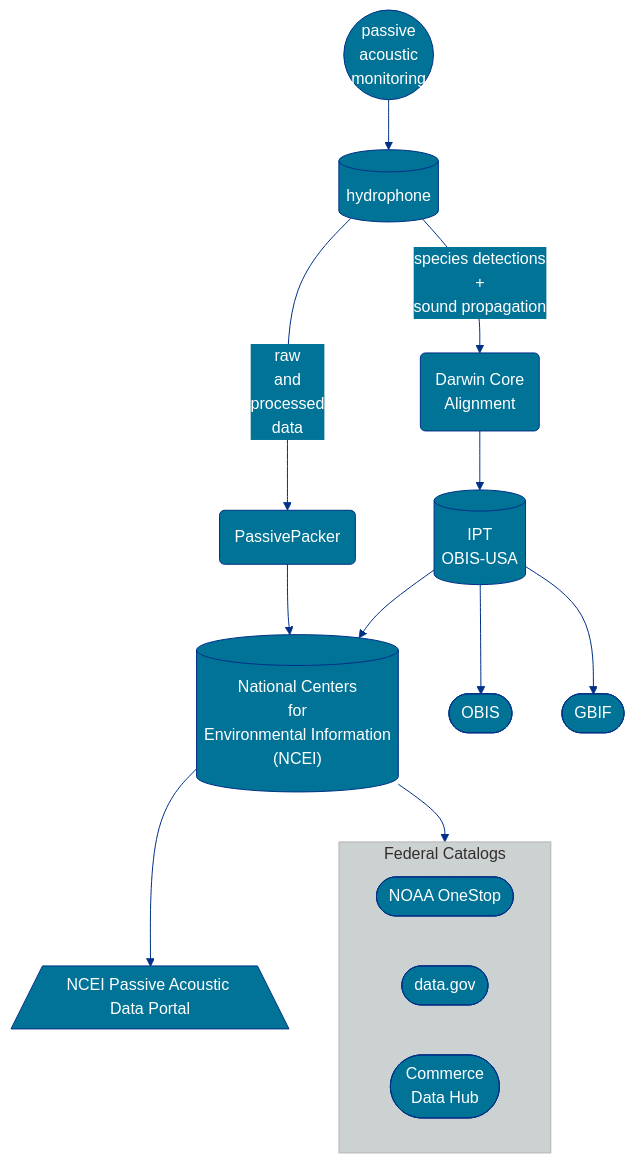
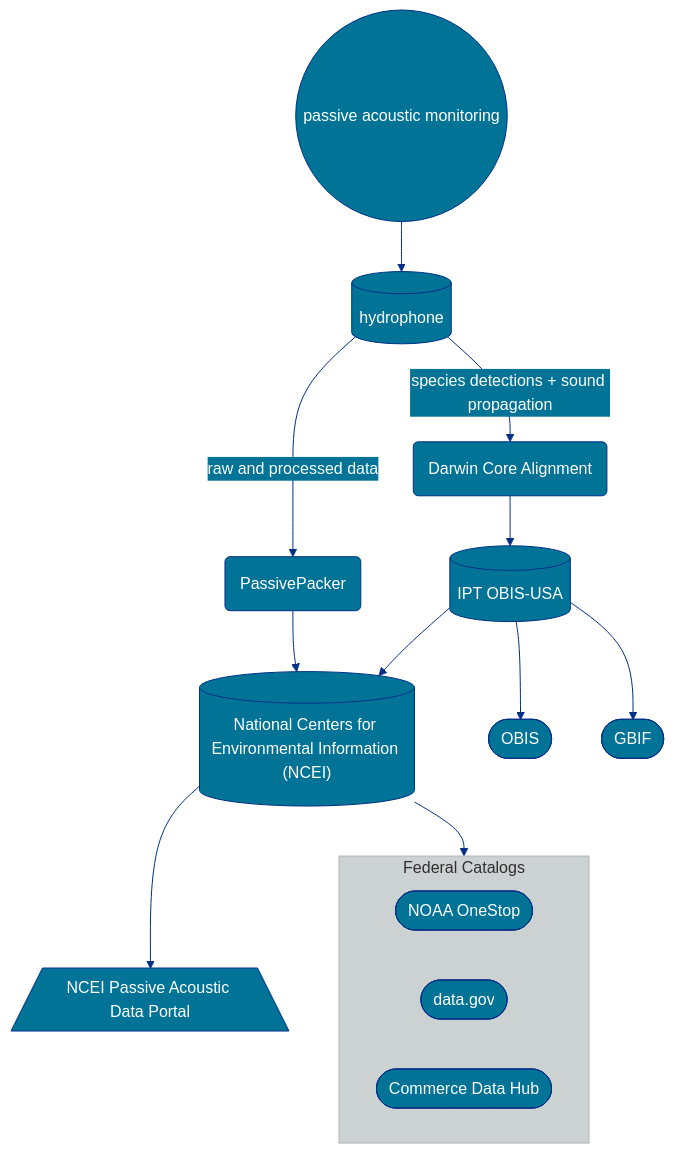
Before and after one commit to ioos/marine_life_data_network: the second of 5 diagrams in _docs/index.md, drawn with Mermaid. The commit also changed other lines of this file, not shown here.

First line of the commit message:
Update satellite telemetry flowchart

````diff
--- a/_docs/index.md
+++ b/_docs/index.md
@@ -100,51 +100,51 @@
 ```mermaid
 %%{
   init: {
     'theme': 'base',
     'themeVariables': {
       'primaryColor': '#007396',
       'primaryTextColor': '#fff',
       'primaryBorderColor': '#003087',
       'lineColor': '#003087',
       'secondaryColor': '#007396',
       'tertiaryColor': '#CCD1D1'
     },
    'flowchart': { 'curve': 'basis' }
   }
 }%%
 
 flowchart TD
 
-pA(("passive\nacoustic\nmonitoring"))
+pA(("passive acoustic monitoring"))
 A[("hydrophone")]
 B("PassivePacker")
-C("Darwin Core\nAlignment")
-D[("National Centers\nfor\nEnvironmental Information\n(NCEI)")]
-E[("IPT\nOBIS-USA")]
+C("Darwin Core Alignment")
+D[("National Centers for Environmental Information (NCEI)")]
+E[("IPT OBIS-USA")]
 G([OBIS])
 H([GBIF])
 J([NOAA OneStop])
 K([data.gov])
-L(["Commerce\nData Hub"])
+L(["Commerce Data Hub"])
 R[/"NCEI Passive Acoustic Data Portal"\]
 
 
 pA --> A
-A -- species detections\n+\nsound propagation--> C
-A -- raw\nand\nprocessed\ndata --> B
+A -- species detections + sound propagation--> C
+A -- raw and processed data --> B
 C --> E
 E --> D
 E --> G
 E --> H
 B --> D
 
 D --> FC
 
 D --> R
 
 subgraph FC [Federal Catalogs]
 J
 K
 L
 end
 ```
````
